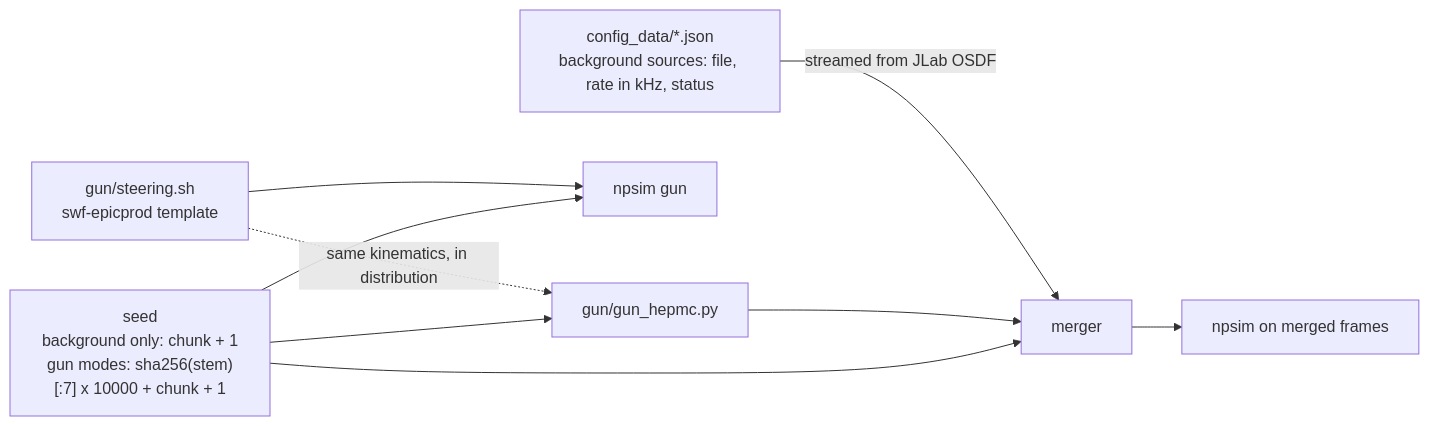
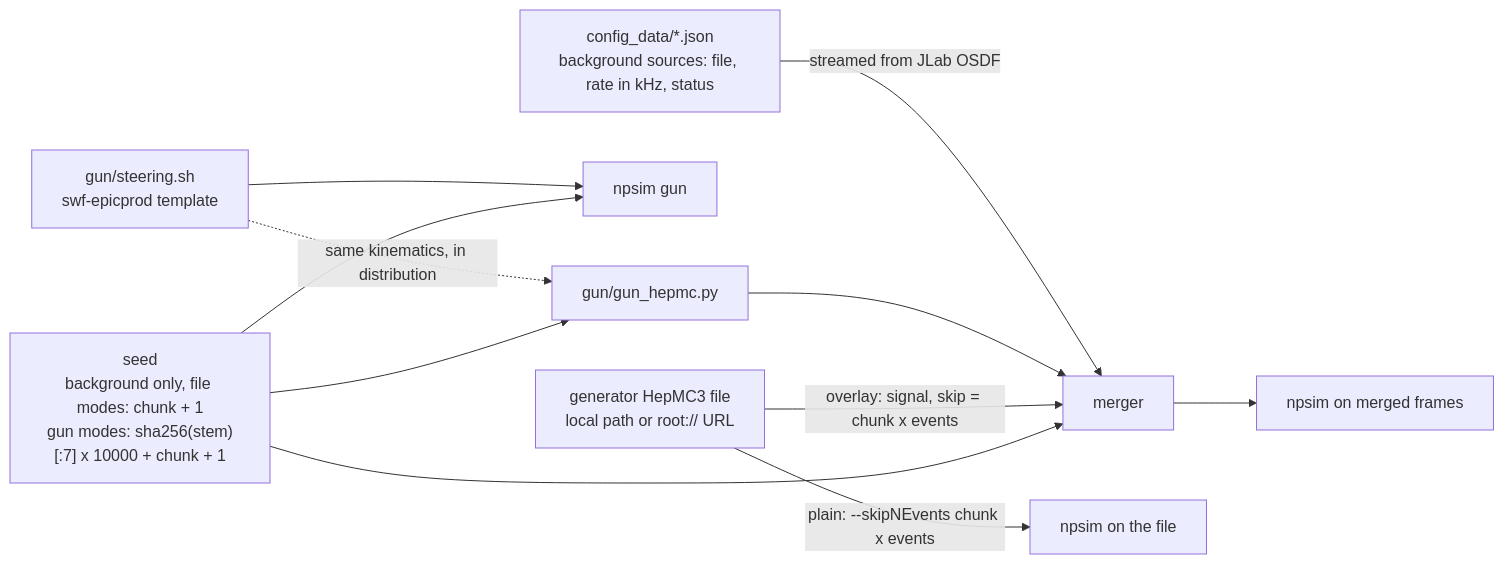
One commit to rahmans1/bnl-epic-condor-test changed the third of 3 diagrams in README.md. Above: the diagram before and after it, drawn with Mermaid. The commit also changed other lines of this file and 14 other files, not shown here.

````diff
--- a/README.md
+++ b/README.md
@@ -133,11 +177,13 @@
 ```mermaid
 flowchart LR
     S["config_data/*.json<br/>background sources: file, rate in kHz, status"] -->|"streamed from JLab OSDF"| M["merger"]
     T["gun/steering.sh<br/>swf-epicprod template"] --> N1["npsim gun"]
     T -.->|"same kinematics, in distribution"| H["gun/gun_hepmc.py"]
     H --> M
-    R["seed<br/>background only: chunk + 1<br/>gun modes: sha256(stem)[:7] x 10000 + chunk + 1"] --> M
+    G["generator HepMC3 file<br/>local path or root:// URL"] -->|"overlay: signal, skip = chunk x events"| M
+    G -->|"plain: --skipNEvents chunk x events"| N3["npsim on the file"]
+    R["seed<br/>background only, file modes: chunk + 1<br/>gun modes: sha256(stem)[:7] x 10000 + chunk + 1"] --> M
     R --> N1
     R --> H
     M --> N2["npsim on merged frames"]
 ```
````
